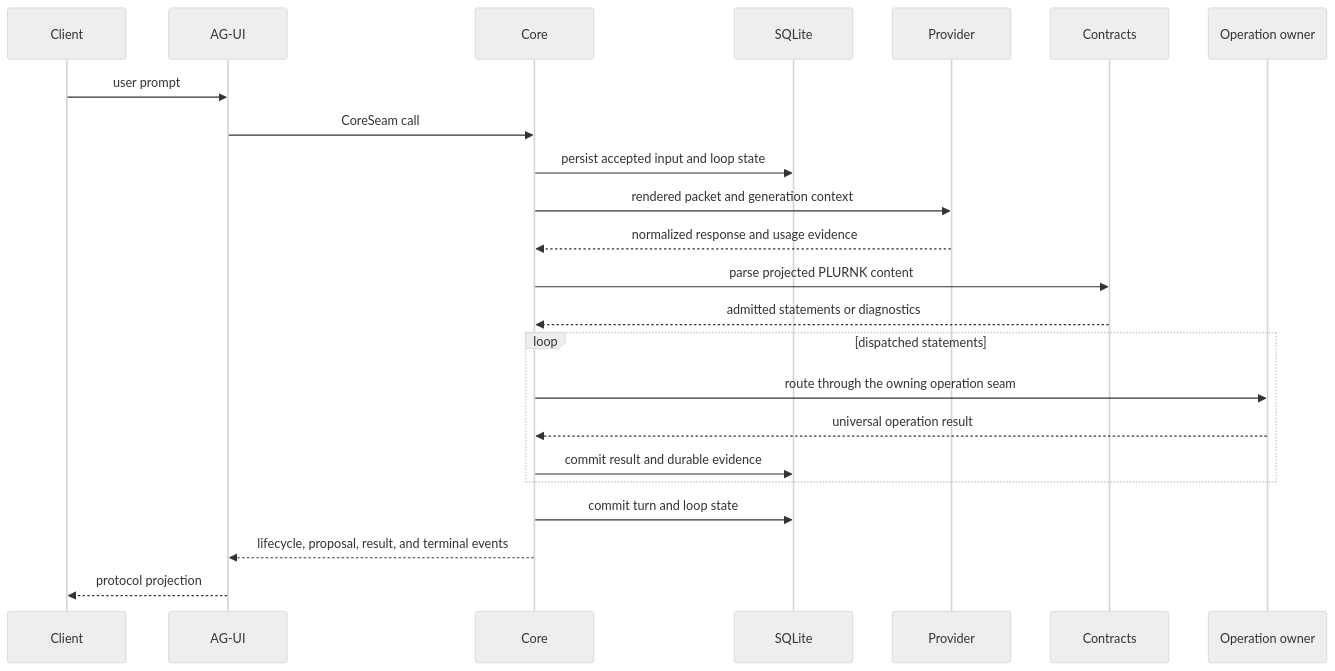
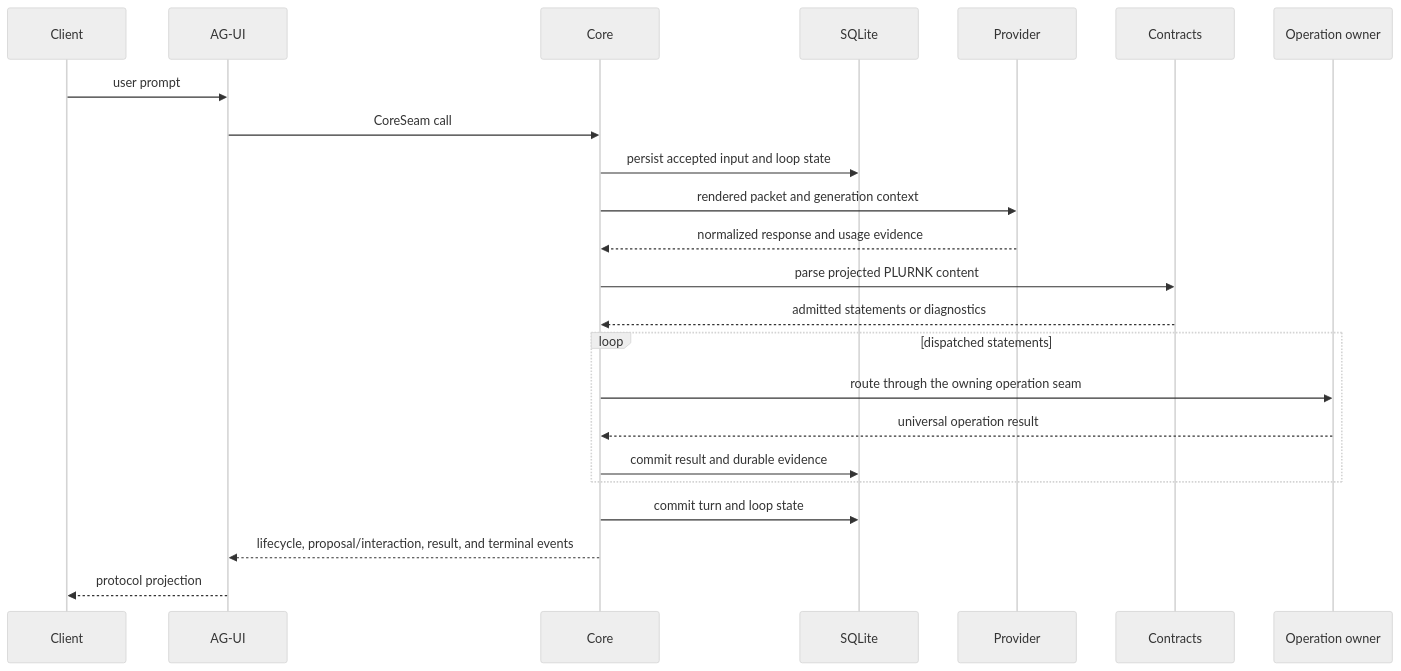
One commit to plurnk/plurnk-service changed the fourth of 4 diagrams in ARCHITECTURE.md. Above: the diagram before and after it, drawn with Mermaid (neutral theme). The commit also changed other lines of this file and 80 other files, not shown here.

````diff
--- a/ARCHITECTURE.md
+++ b/ARCHITECTURE.md
@@ -96,26 +96,26 @@
 ```mermaid
 sequenceDiagram
     participant Client
     participant AGUI as AG-UI
     participant Core
     participant Store as SQLite
     participant Provider
     participant Contracts
     participant Owner as Operation owner
 
     Client->>AGUI: user prompt
     AGUI->>Core: CoreSeam call
     Core->>Store: persist accepted input and loop state
     Core->>Provider: rendered packet and generation context
     Provider-->>Core: normalized response and usage evidence
     Core->>Contracts: parse projected PLURNK content
     Contracts-->>Core: admitted statements or diagnostics
     loop dispatched statements
         Core->>Owner: route through the owning operation seam
         Owner-->>Core: universal operation result
         Core->>Store: commit result and durable evidence
     end
     Core->>Store: commit turn and loop state
-    Core-->>AGUI: lifecycle, proposal, result, and terminal events
+    Core-->>AGUI: lifecycle, proposal/interaction, result, and terminal events
     AGUI-->>Client: protocol projection
 ```
````
